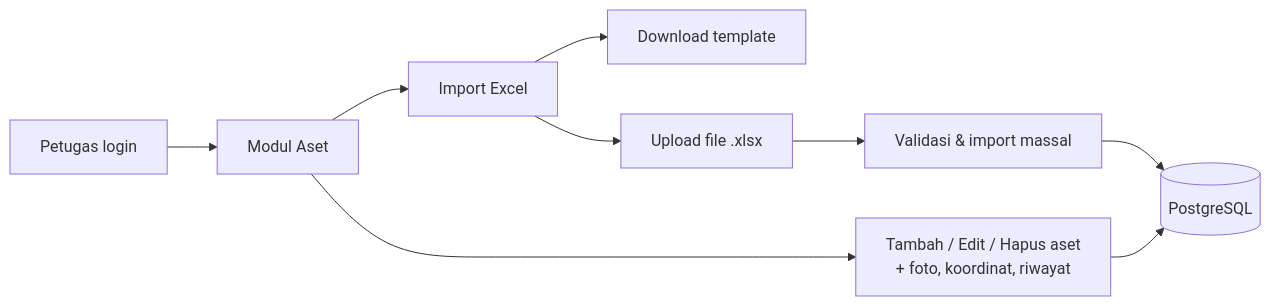
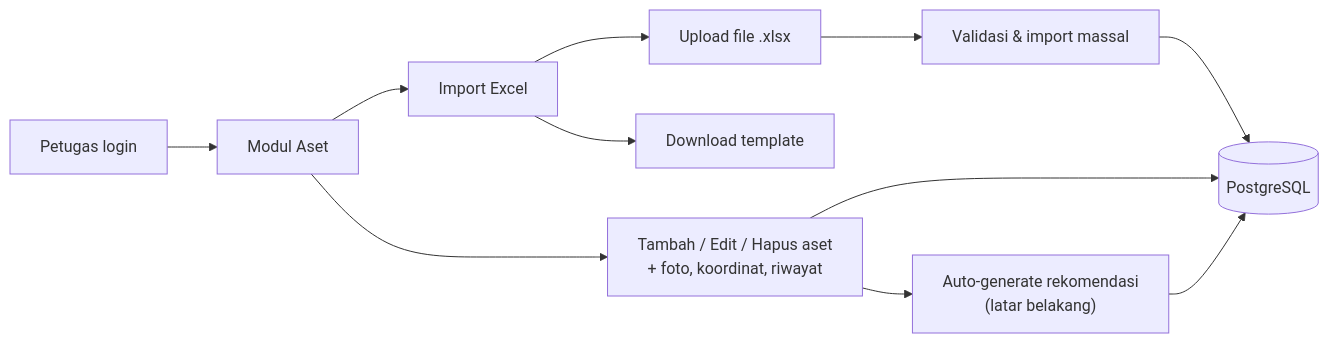
The fifth of 7 diagrams in docs/client/04-data-flow.md (andresitorus-afk/peset_pemko), drawn with Mermaid before and after one commit. The commit also changed other lines of this file and 13 other files, not shown here.

Commit message:
feat: auto-generate rekomendasi AI saat simpan/update aset + landing accordion transisi + update docs client

````diff
--- a/docs/client/04-data-flow.md
+++ b/docs/client/04-data-flow.md
@@ -169,11 +176,13 @@
 ```mermaid
 flowchart LR
     P["Petugas login"] --> M["Modul Aset"]
     M --> CRUD["Tambah / Edit / Hapus aset<br/>+ foto, koordinat, riwayat"]
     M --> IMP["Import Excel"]
     IMP --> TM["Download template"]
     IMP --> UP["Upload file .xlsx"]
     UP --> VX["Validasi & import massal"]
     VX --> DB[("PostgreSQL")]
     CRUD --> DB
+    CRUD --> AI["Auto-generate rekomendasi<br/>(latar belakang)"]
+    AI --> DB
 ```
````
